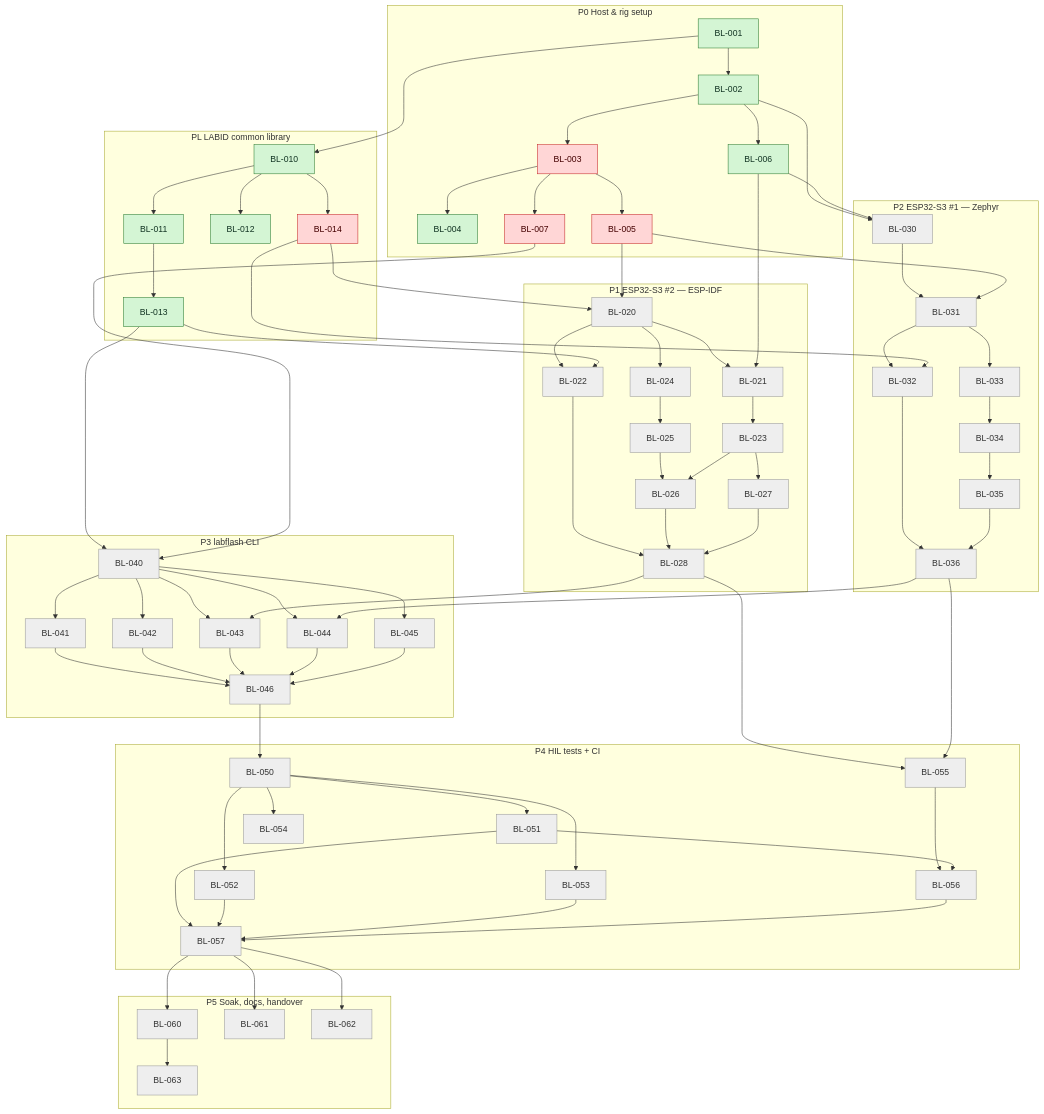
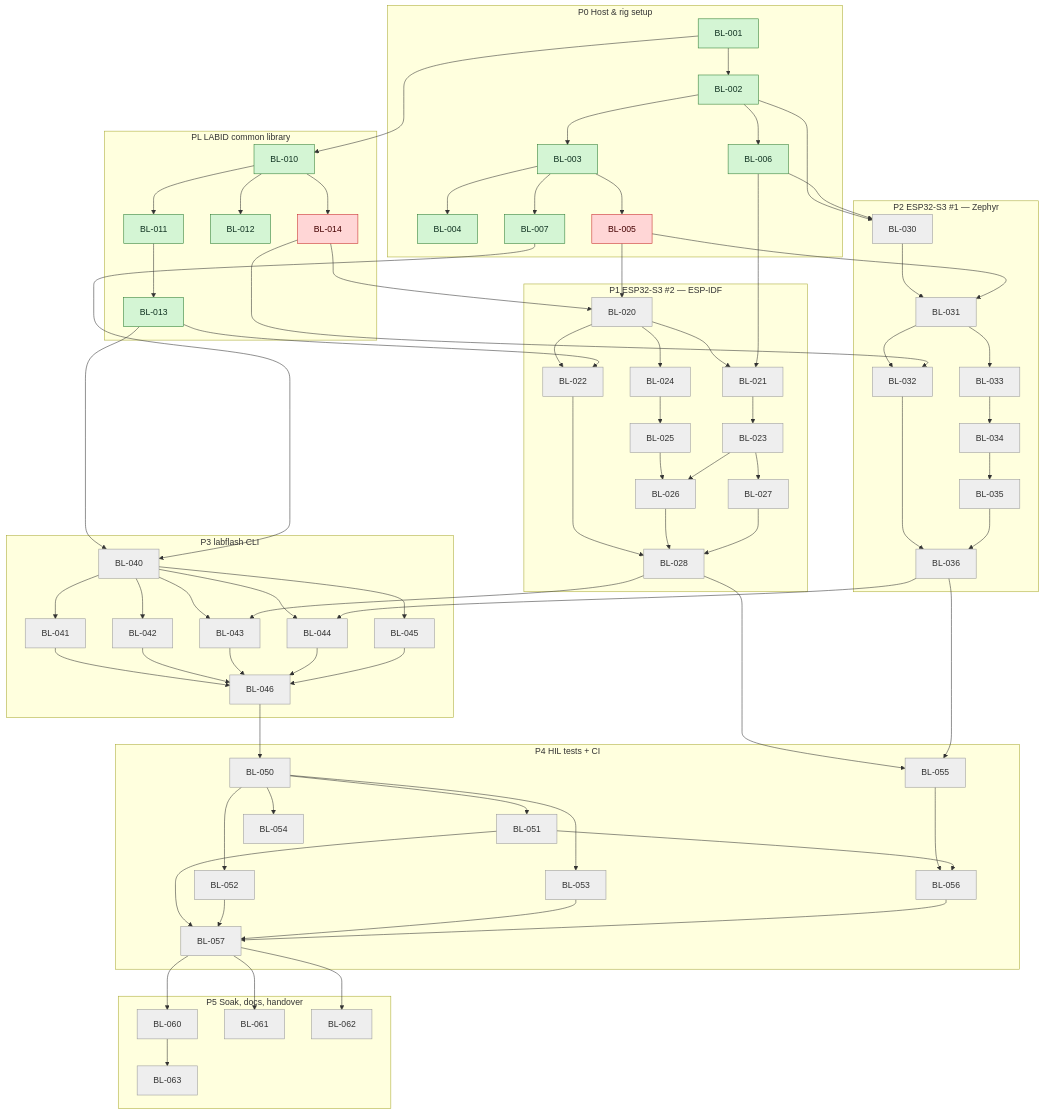
The third of 3 diagrams in tickets/TICKETS.md (mohamed-soubhi/bootlab-esp), drawn with Mermaid before and after one commit. The commit also changed other lines of this file and 5 other files, not shown here.

```diff
--- a/tickets/TICKETS.md
+++ b/tickets/TICKETS.md
@@ -857,11 +856,11 @@
     subgraph E0_g["P0 Host & rig setup"]
         BL001["BL-001"]:::done
         BL002["BL-002"]:::done
-        BL003["BL-003"]:::blocked
+        BL003["BL-003"]:::done
         BL004["BL-004"]:::done
         BL005["BL-005"]:::blocked
         BL006["BL-006"]:::done
-        BL007["BL-007"]:::blocked
+        BL007["BL-007"]:::done
     end
     subgraph EL_g["PL LABID common library"]
         BL010["BL-010"]:::done
```
